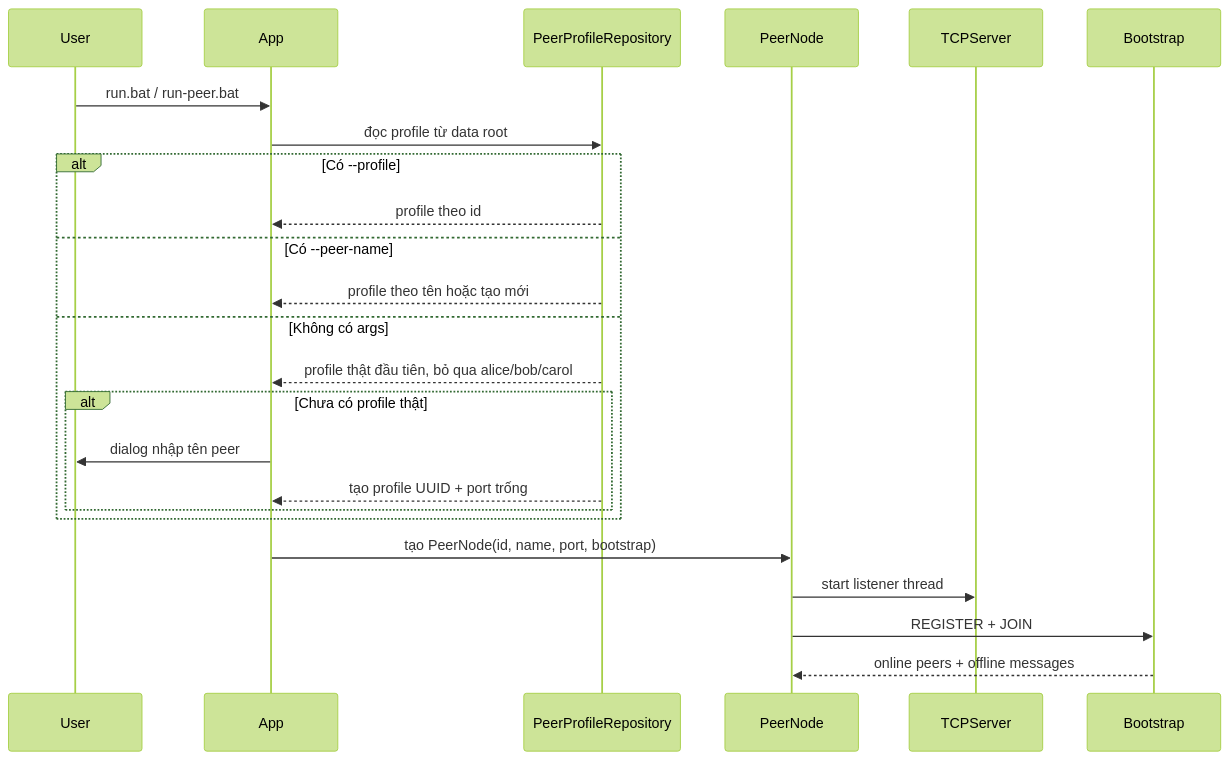
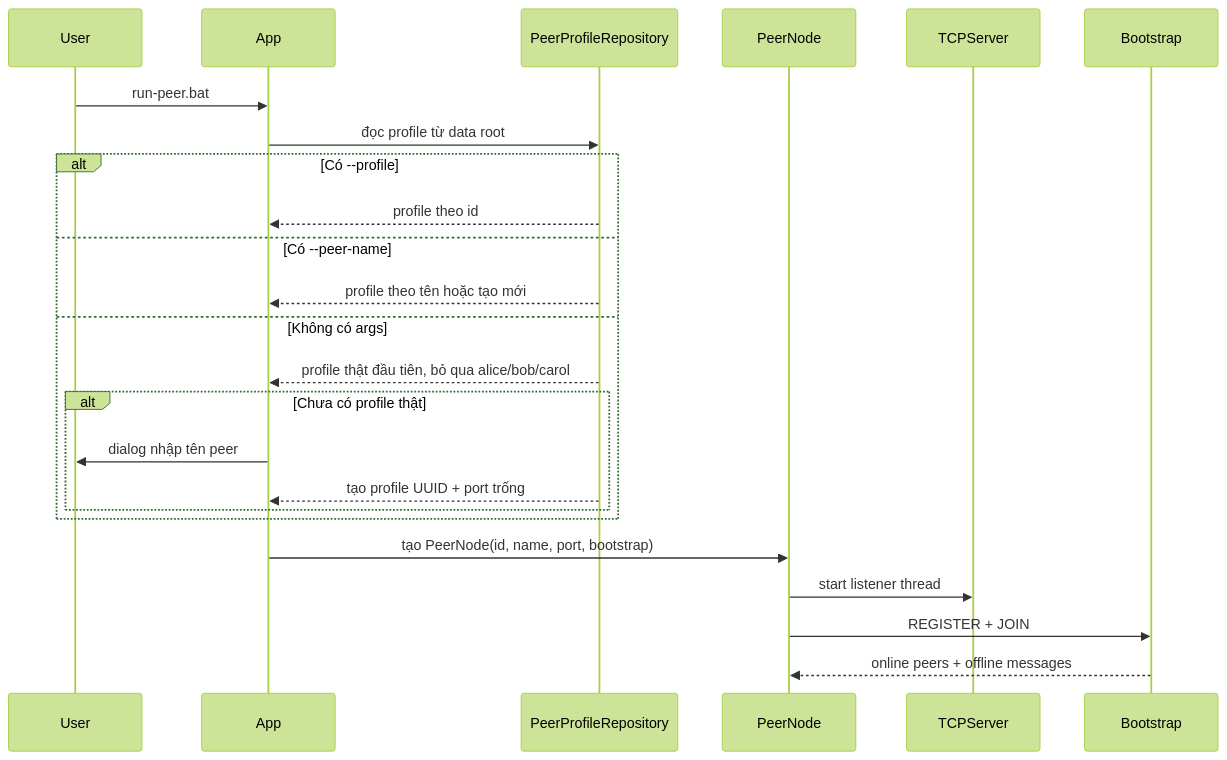
The second of 2 diagrams in docs/design.md (dungcony/p2p), drawn with Mermaid (forest theme) before and after one commit. The commit also changed other lines of this file and 42 other files, not shown here.

````diff
--- a/docs/design.md
+++ b/docs/design.md
@@ -87,27 +87,27 @@
 ```mermaid
 sequenceDiagram
     participant User
     participant App
     participant Repo as PeerProfileRepository
     participant Node as PeerNode
     participant TCP as TCPServer
     participant BS as Bootstrap
 
-    User->>App: run.bat / run-peer.bat
+    User->>App: run-peer.bat
     App->>Repo: đọc profile từ data root
     alt Có --profile
         Repo-->>App: profile theo id
     else Có --peer-name
         Repo-->>App: profile theo tên hoặc tạo mới
     else Không có args
         Repo-->>App: profile thật đầu tiên, bỏ qua alice/bob/carol
         alt Chưa có profile thật
             App->>User: dialog nhập tên peer
             Repo-->>App: tạo profile UUID + port trống
         end
     end
     App->>Node: tạo PeerNode(id, name, port, bootstrap)
     Node->>TCP: start listener thread
     Node->>BS: REGISTER + JOIN
     BS-->>Node: online peers + offline messages
 ```
````
